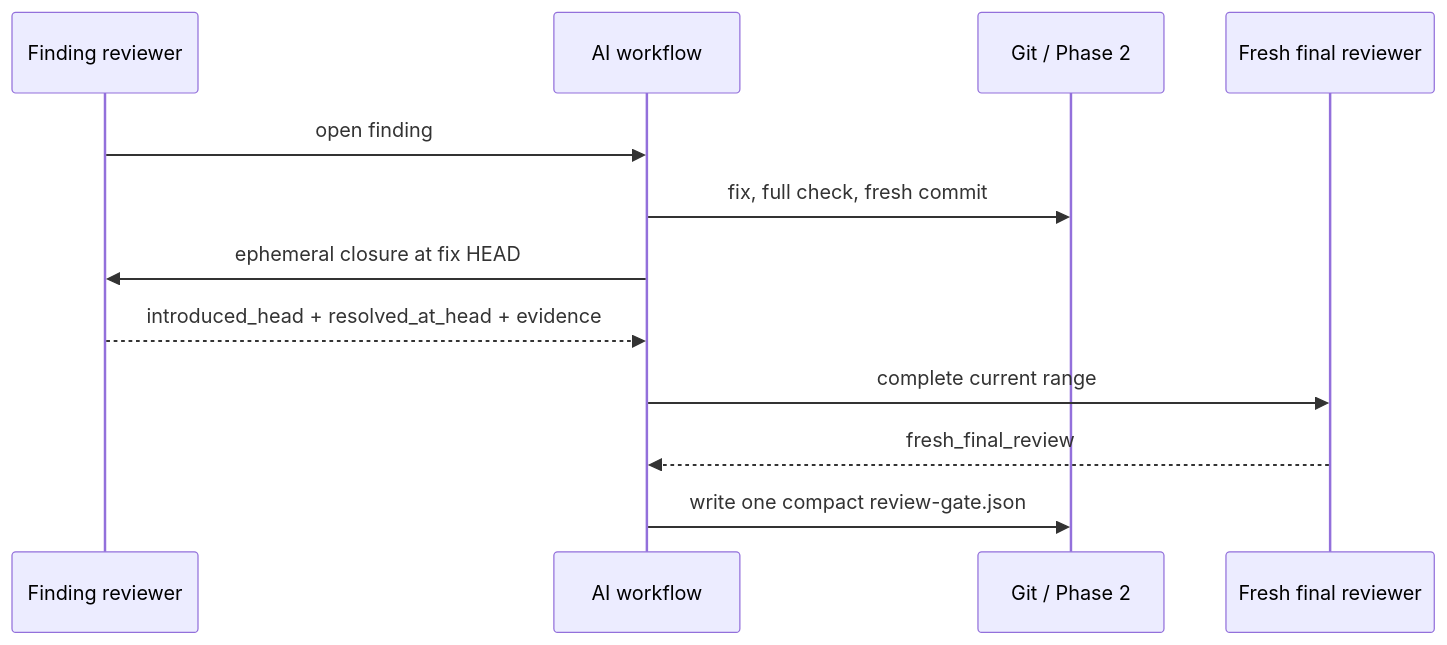
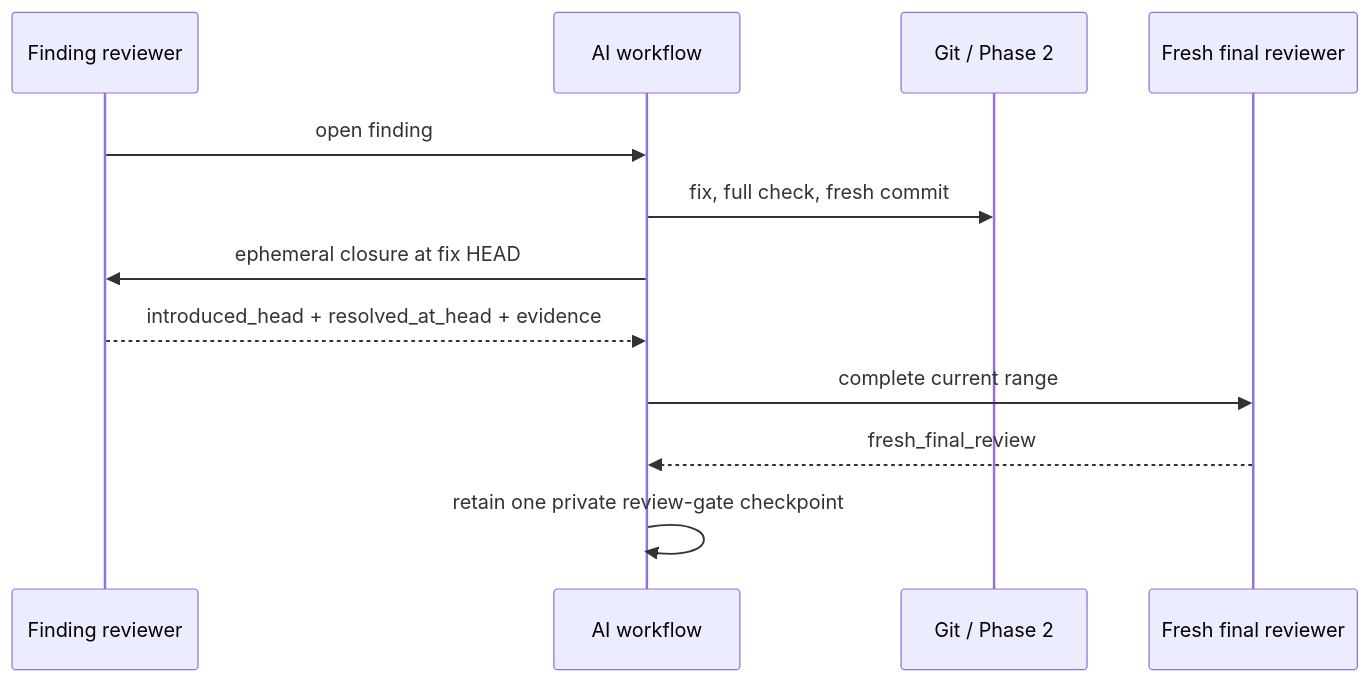
The second of 2 diagrams in docs/requirements/guru-team-trellis-flow.md (castbox/guru-trellis), drawn with Mermaid before and after one commit. The commit also changed other lines of this file and 1485 other files, not shown here.

````diff
--- a/docs/requirements/guru-team-trellis-flow.md
+++ b/docs/requirements/guru-team-trellis-flow.md
@@ -36,14 +36,14 @@
 ```mermaid
 sequenceDiagram
   participant R1 as Finding reviewer
   participant AI as AI workflow
   participant Git as Git / Phase 2
   participant R2 as Fresh final reviewer
   R1->>AI: open finding
   AI->>Git: fix, full check, fresh commit
   AI->>R1: ephemeral closure at fix HEAD
   R1-->>AI: introduced_head + resolved_at_head + evidence
   AI->>R2: complete current range
   R2-->>AI: fresh_final_review
-  AI->>Git: write one compact review-gate.json
+  AI->>AI: retain one private review-gate checkpoint
 ```
````
